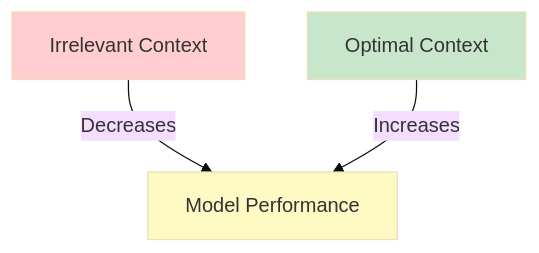
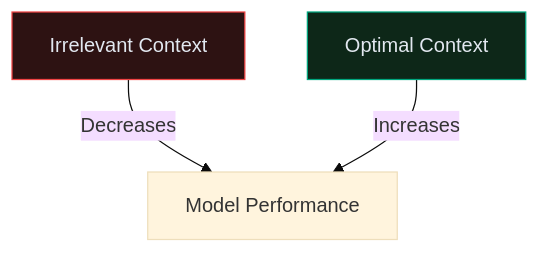
Before and after one commit to CagriCatik/claude-ollama-coder: the fourth of 16 diagrams in docs/01_Claude-Code-in-Action.md, drawn with Mermaid (base theme). The commit also changed other lines of this file and 16 other files, not shown here.

````diff
--- a/docs/01_Claude-Code-in-Action.md
+++ b/docs/01_Claude-Code-in-Action.md
@@ -144,9 +136,8 @@
 ```mermaid
 graph TB
     A["Irrelevant Context"] -->|Decreases| B["Model Performance"]
     C["Optimal Context"] -->|Increases| B
     
-    style A fill:#ffcdd2
-    style B fill:#fff9c4
-    style C fill:#c8e6c9
+    style A fill:#2d1212,stroke:#ef4444,color:#e2e8f0
+    style C fill:#0d2718,stroke:#00a67e,color:#e2e8f0
 ```
````
